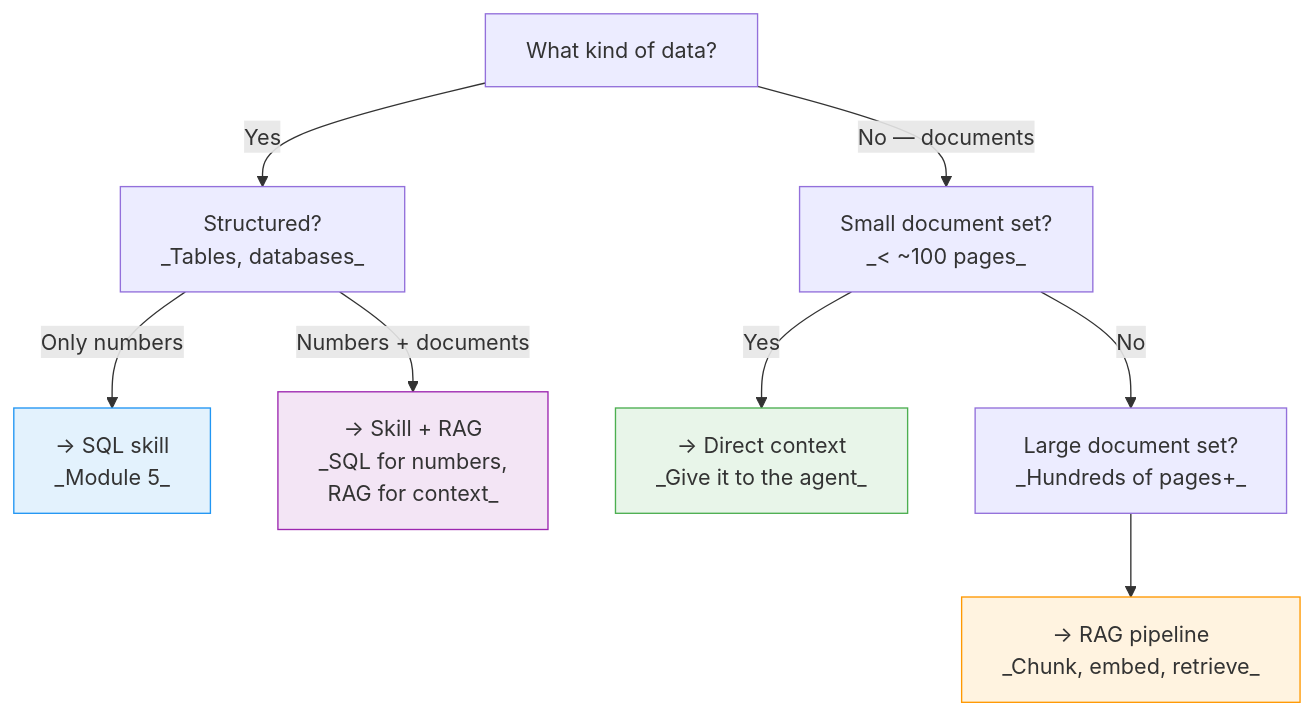
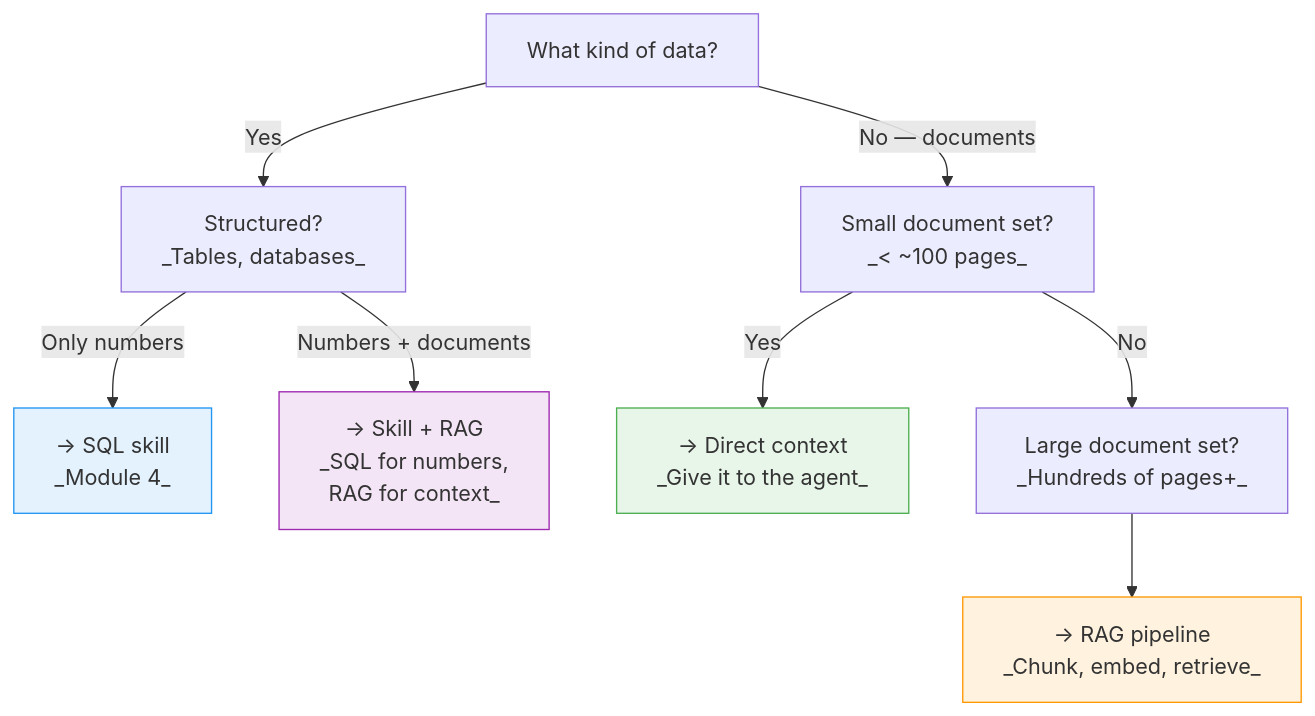
Before and after one commit to kerryback/bi-to-ai: the third of 3 diagrams in 08-rag.qmd, drawn with Mermaid. The commit also changed other lines of this file and 30 other files, not shown here.

````diff
--- a/08-rag.qmd
+++ b/08-rag.qmd
@@ -123,28 +123,28 @@
 ```{mermaid}
 %%| label: fig-rag-decision
 %%| fig-cap: "Choosing the right approach depends on what kind of data you are working with."
 %%| fig-width: 80%
 flowchart TD
     Start["What kind of data?"]
     Structured["Structured?\n_Tables, databases_"]
     Small["Small document set?\n_< ~100 pages_"]
     Large["Large document set?\n_Hundreds of pages+_"]
 
-    SQL["→ SQL skill\n_Module 5_"]
+    SQL["→ SQL skill\n_Module 4_"]
     Direct["→ Direct context\n_Give it to the agent_"]
     RAG["→ RAG pipeline\n_Chunk, embed, retrieve_"]
     Both["→ Skill + RAG\n_SQL for numbers,\nRAG for context_"]
 
     Start -->|"Yes"| Structured
     Start -->|"No — documents"| Small
     Structured -->|"Only numbers"| SQL
     Structured -->|"Numbers + documents"| Both
     Small -->|"Yes"| Direct
     Small -->|"No"| Large
     Large --> RAG
 
     style SQL fill:#e3f2fd,stroke:#2196f3
     style Direct fill:#e8f5e9,stroke:#4caf50
     style RAG fill:#fff3e0,stroke:#ff9800
     style Both fill:#f3e5f5,stroke:#9c27b0
 ```
````
